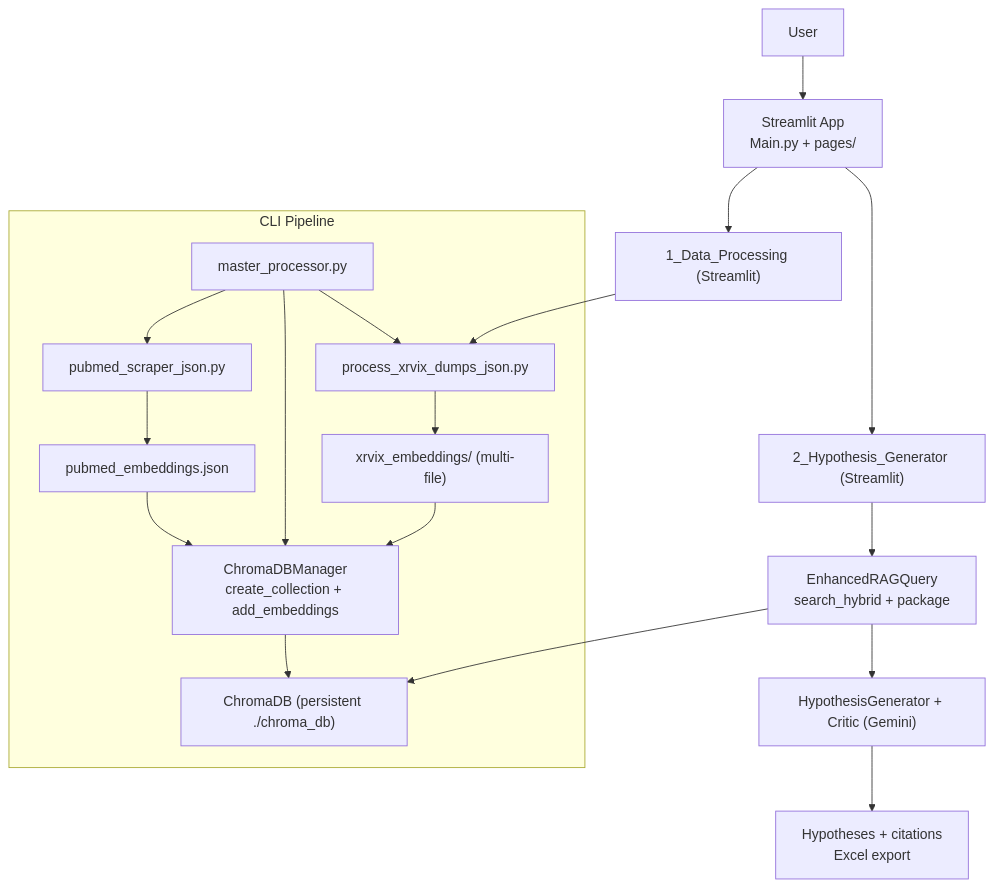
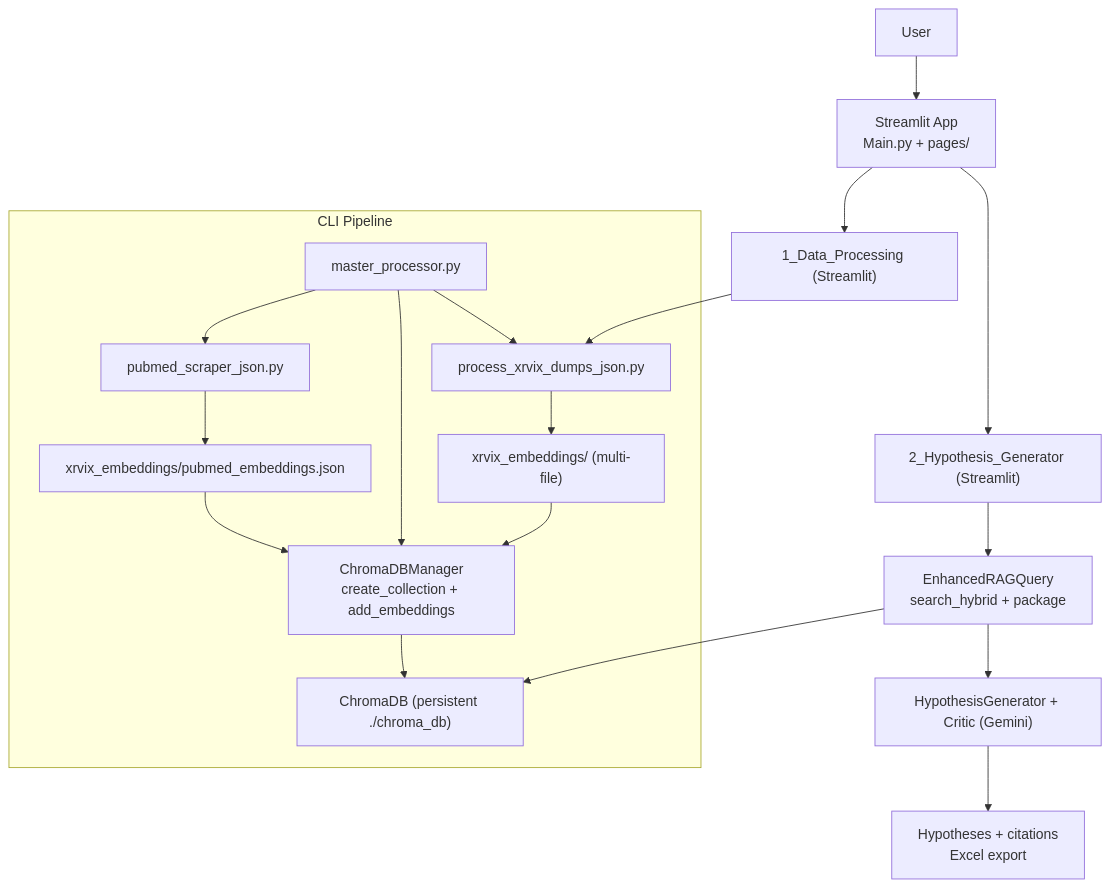
The diagram in docs/diagram.mmd (marcr2/AHG-UBR5), drawn with Mermaid before and after one commit. The commit also changed 15 other files, not shown here.

```diff
--- a/docs/diagram.mmd
+++ b/docs/diagram.mmd
@@ -1,20 +1,20 @@
 graph TD
   U["User"] --> S["Streamlit App<br/>Main.py + pages/"]
   S --> DP["1_Data_Processing (Streamlit)"]
   DP --> PX["process_xrvix_dumps_json.py"]
   PX --> XE["xrvix_embeddings/ (multi-file)"]
   S --> HG["2_Hypothesis_Generator (Streamlit)"]
   HG --> RAG["EnhancedRAGQuery<br/>search_hybrid + package"]
   RAG --> DB["ChromaDB (persistent ./chroma_db)"]
   RAG --> GC["HypothesisGenerator + Critic (Gemini)"]
   GC --> OUT["Hypotheses + citations<br/>Excel export"]
 
   subgraph CLI Pipeline
     MP["master_processor.py"] --> PS["pubmed_scraper_json.py"]
-    PS --> PE["pubmed_embeddings.json"]
+    PS --> PE["xrvix_embeddings/pubmed_embeddings.json"]
     MP --> CM["ChromaDBManager<br/>create_collection + add_embeddings"]
     CM --> DB
     MP --> PX
     XE --> CM
     PE --> CM
   end
```
